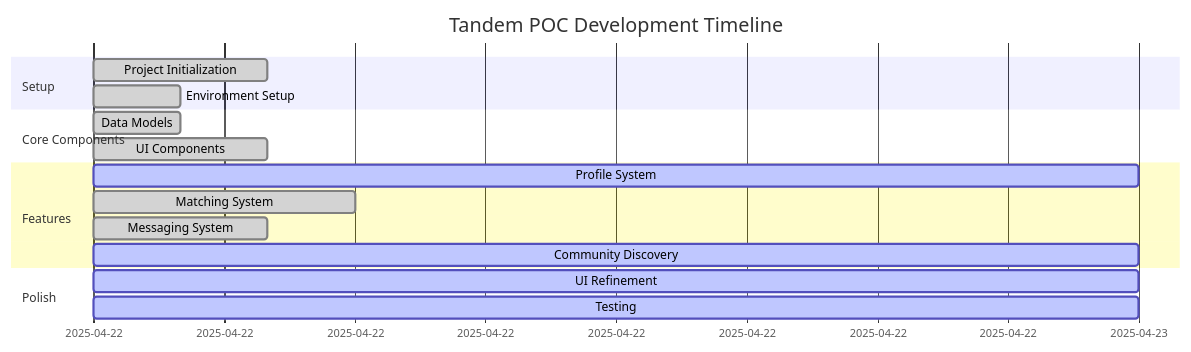
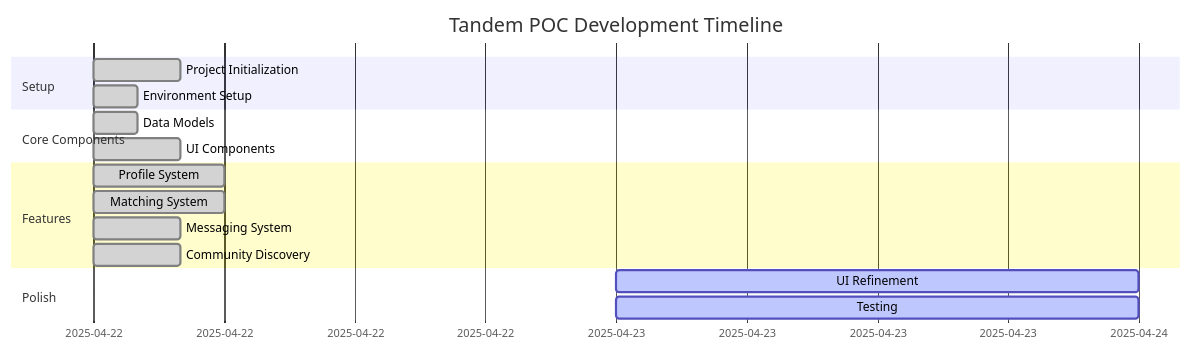
The diagram in memory-bank/progress.md (mikemates/tandem), drawn with Mermaid before and after one commit. The commit also changed other lines of this file and 6 other files, not shown here.

First line of the commit message:
Implement community discovery features with activities

````diff
--- a/memory-bank/progress.md
+++ b/memory-bank/progress.md
@@ -99,19 +102,19 @@
 ```mermaid
 gantt
     title Tandem POC Development Timeline
     dateFormat  YYYY-MM-DD
     section Setup
     Project Initialization       :done, 2025-04-22, 4h
     Environment Setup            :done, 2025-04-22, 2h
     section Core Components
     Data Models                  :done, 2025-04-22, 2h
     UI Components                :done, 2025-04-22, 4h
     section Features
-    Profile System               :active, 2025-04-22, 1d
+    Profile System               :done, 2025-04-22, 6h
     Matching System              :done, 2025-04-22, 6h
     Messaging System             :done, 2025-04-22, 4h
-    Community Discovery          :active, 2025-04-22, 1d
+    Community Discovery          :done, 2025-04-22, 4h
     section Polish
-    UI Refinement                :active, 2025-04-22, 1d
-    Testing                      :active, 2025-04-22, 1d
+    UI Refinement                :active, 2025-04-23, 1d
+    Testing                      :active, 2025-04-23, 1d
 ```
````
